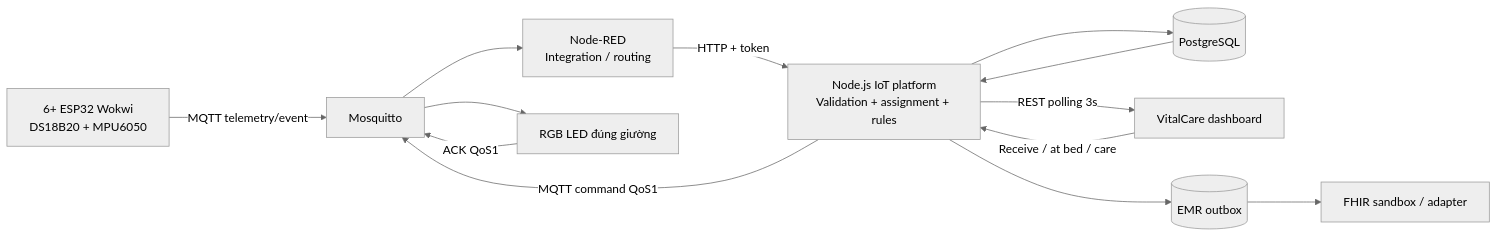
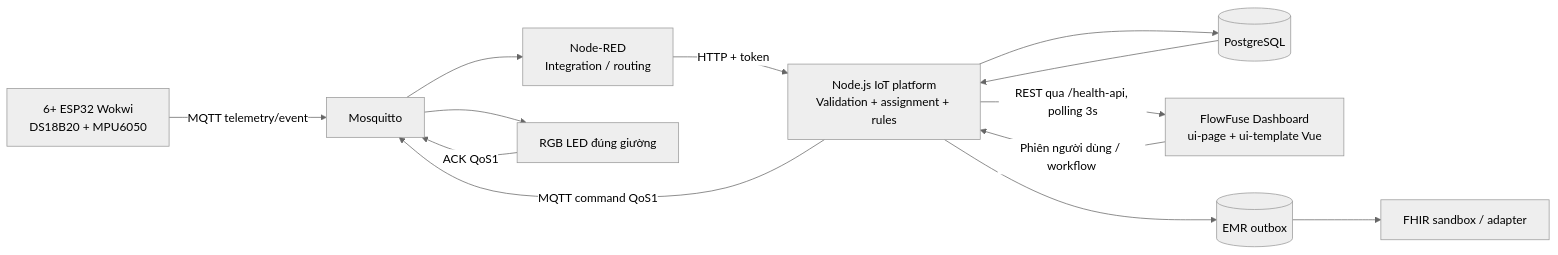
Before and after one commit to khangBio/cth619-iot-smart-health: the diagram in docs/architecture.md, drawn with Mermaid (neutral theme). The commit also changed other lines of this file and 51 other files, not shown here.

````diff
--- a/docs/architecture.md
+++ b/docs/architecture.md
@@ -9,15 +9,15 @@
 ```mermaid
 flowchart LR
   W[6+ ESP32 Wokwi\nDS18B20 + MPU6050] -->|MQTT telemetry/event| M[Mosquitto]
   M --> N[Node-RED\nIntegration / routing]
   N -->|HTTP + token| P[Node.js IoT platform\nValidation + assignment + rules]
   P --> D[(PostgreSQL)]
   D --> P
-  P -->|REST polling 3s| U[VitalCare dashboard]
-  U -->|Receive / at bed / care| P
+  P -->|REST qua /health-api, polling 3s| U[FlowFuse Dashboard\nui-page + ui-template Vue]
+  U -->|Phiên người dùng / workflow| P
   P -->|MQTT command QoS1| M
   M --> L[RGB LED đúng giường]
   L -->|ACK QoS1| M
   P --> O[(EMR outbox)]
   O --> F[FHIR sandbox / adapter]
 ```
````
